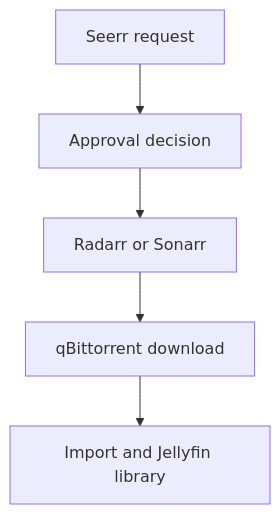
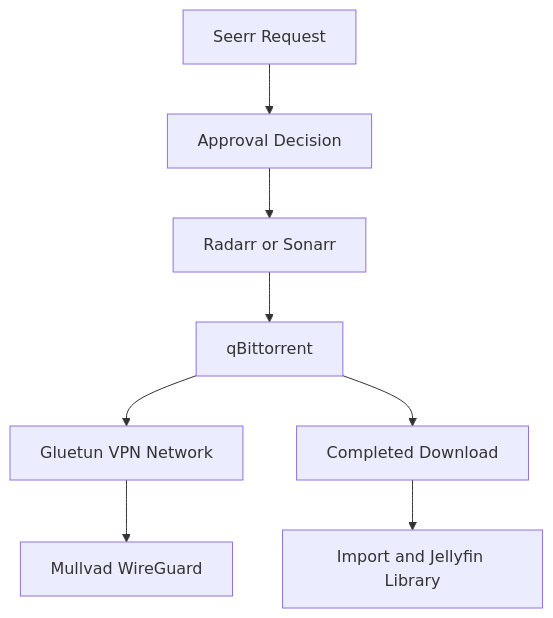
The second of 2 diagrams in 14 - MediaServer1.md (Ian98561/Homelab-InfrastructureDocs-IH), drawn with Mermaid before and after one commit. The commit also changed other lines of this file and 2 other files, not shown here.

Commit message:
docs: update MediaServer1 VPN and October 28-29 daily logs

````diff
--- a/14 - MediaServer1.md
+++ b/14 - MediaServer1.md
@@ -117,7 +434,10 @@
 ```mermaid
 flowchart TD
-    R["Seerr request"] --> S["Approval decision"]
+    R["Seerr Request"] --> S["Approval Decision"]
     S --> A["Radarr or Sonarr"]
-    A --> Q["qBittorrent download"]
-    Q --> J["Import and Jellyfin library"]
+    A --> Q["qBittorrent"]
+    Q --> G["Gluetun VPN Network"]
+    G --> V["Mullvad WireGuard"]
+    Q --> I["Completed Download"]
+    I --> J["Import and Jellyfin Library"]
 ```
````
